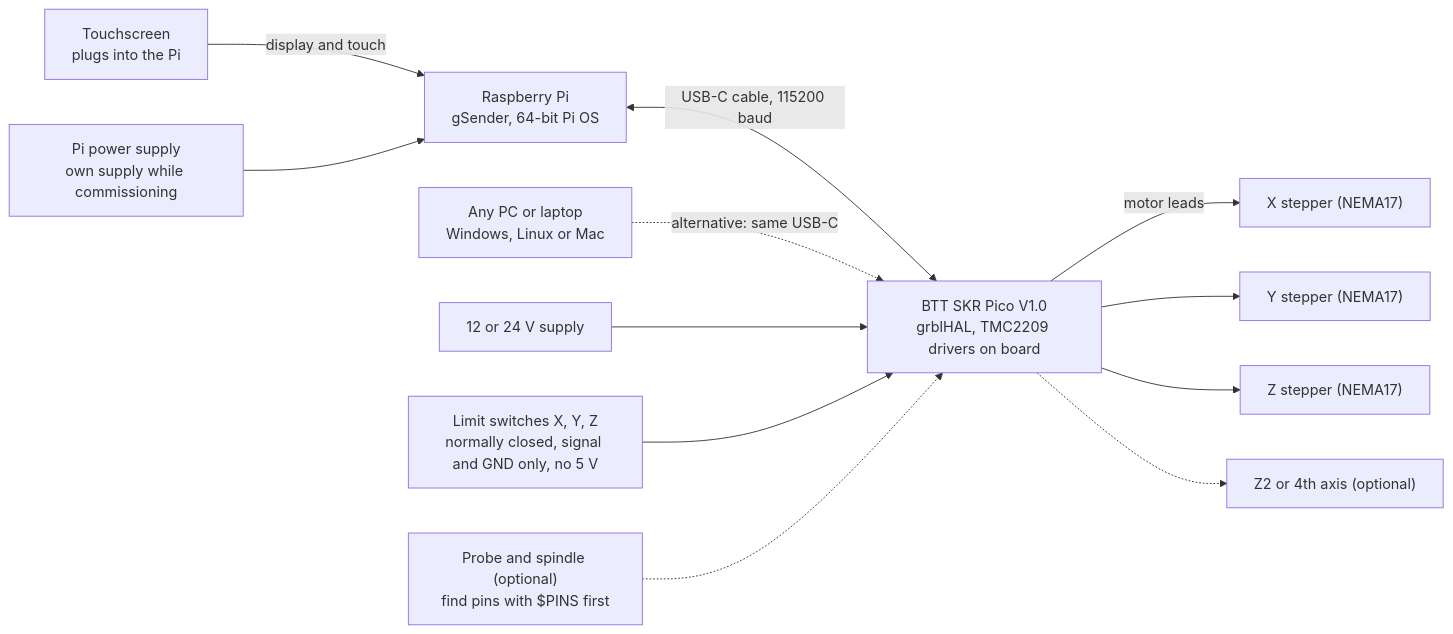
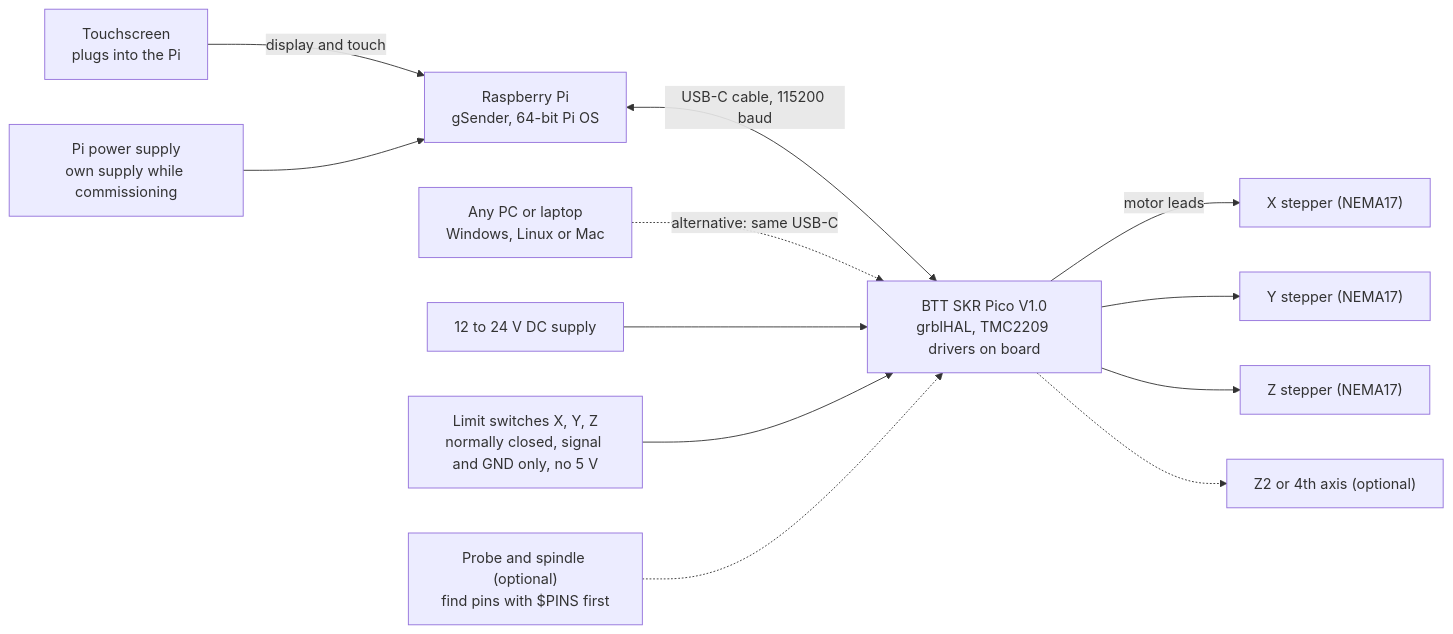
The diagram in docs/setup-guide.md (rbrett/3D-Printed-Mill-Driver), drawn with Mermaid before and after one commit. The commit also changed other lines of this file, not shown here.

First line of the commit message:
State supply as 12 to 24 V DC throughout the guide

````diff
--- a/docs/setup-guide.md
+++ b/docs/setup-guide.md
@@ -41,14 +41,14 @@
 ```mermaid
 flowchart LR
   TS["Touchscreen<br/>plugs into the Pi"] -->|display and touch| PI["Raspberry Pi<br/>gSender, 64-bit Pi OS"]
   PIPSU["Pi power supply<br/>own supply while commissioning"] --> PI
   PI <-->|"USB-C cable, 115200 baud"| PICO["BTT SKR Pico V1.0<br/>grblHAL, TMC2209 drivers on board"]
   PC["Any PC or laptop<br/>Windows, Linux or Mac"] -.->|"alternative: same USB-C"| PICO
-  PSU["12 or 24 V supply"] --> PICO
+  PSU["12 to 24 V DC supply"] --> PICO
   PICO -->|motor leads| X["X stepper (NEMA17)"]
   PICO --> Y["Y stepper (NEMA17)"]
   PICO --> Z["Z stepper (NEMA17)"]
   PICO -.-> Z2["Z2 or 4th axis (optional)"]
   LIM["Limit switches X, Y, Z<br/>normally closed, signal and GND only, no 5 V"] --> PICO
   PS["Probe and spindle (optional)<br/>find pins with $PINS first"] -.-> PICO
 ```
````
